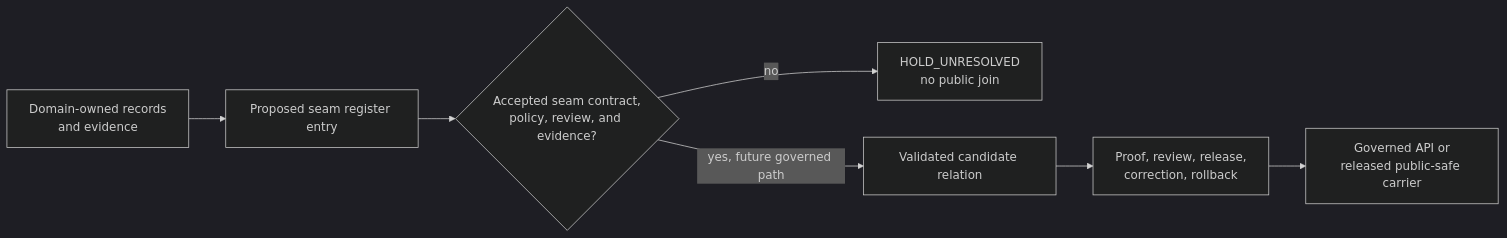
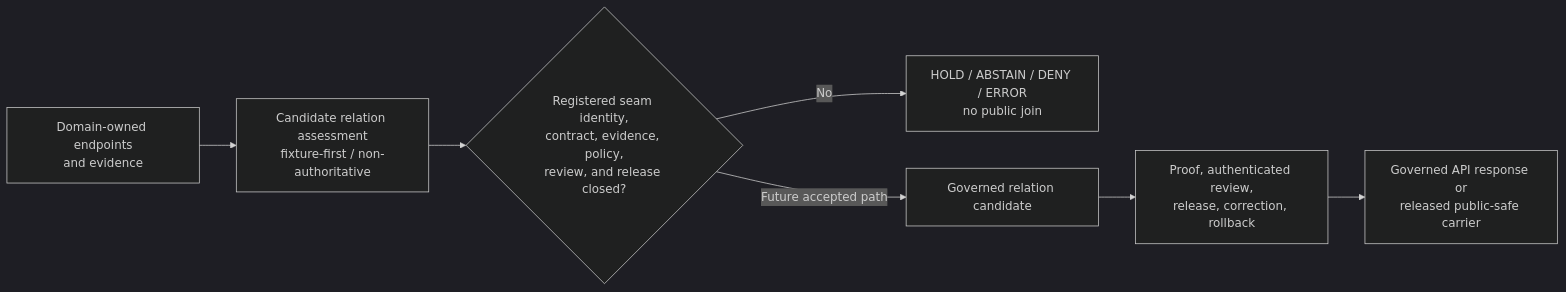
The diagram in docs/architecture/cross-domain/README.md (bartytime4life/Kansas-Frontier-Matrix), drawn with Mermaid (dark theme) before and after one commit. The commit also changed other lines of this file, not shown here.

Commit message:
docs(cross-domain): reconcile architecture index with sibling wave

````diff
--- a/docs/architecture/cross-domain/README.md
+++ b/docs/architecture/cross-domain/README.md
@@ -292,9 +420,9 @@
 ```mermaid
 flowchart LR
-    A["Domain-owned records<br/>and evidence"] --> B["Proposed seam register entry"]
-    B --> C{"Accepted seam contract,<br/>policy, review, and evidence?"}
-    C -->|no| H["HOLD_UNRESOLVED<br/>no public join"]
-    C -->|yes, future governed path| D["Validated candidate relation"]
-    D --> E["Proof, review, release,<br/>correction, rollback"]
-    E --> F["Governed API or<br/>released public-safe carrier"]
+    A["Domain-owned endpoints<br/>and evidence"] --> B["Candidate relation assessment<br/>fixture-first / non-authoritative"]
+    B --> C{"Registered seam identity,<br/>contract, evidence, policy,<br/>review, and release closed?"}
+    C -->|No| H["HOLD / ABSTAIN / DENY / ERROR<br/>no public join"]
+    C -->|Future accepted path| D["Governed relation candidate"]
+    D --> E["Proof, authenticated review,<br/>release, correction, rollback"]
+    E --> F["Governed API response or<br/>released public-safe carrier"]
 ```
````
